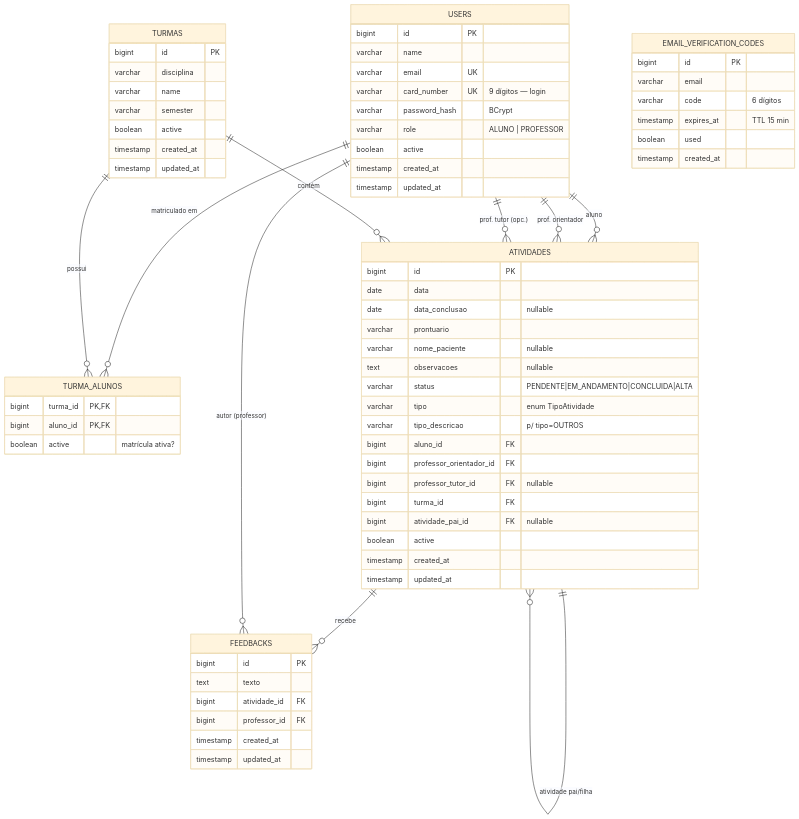
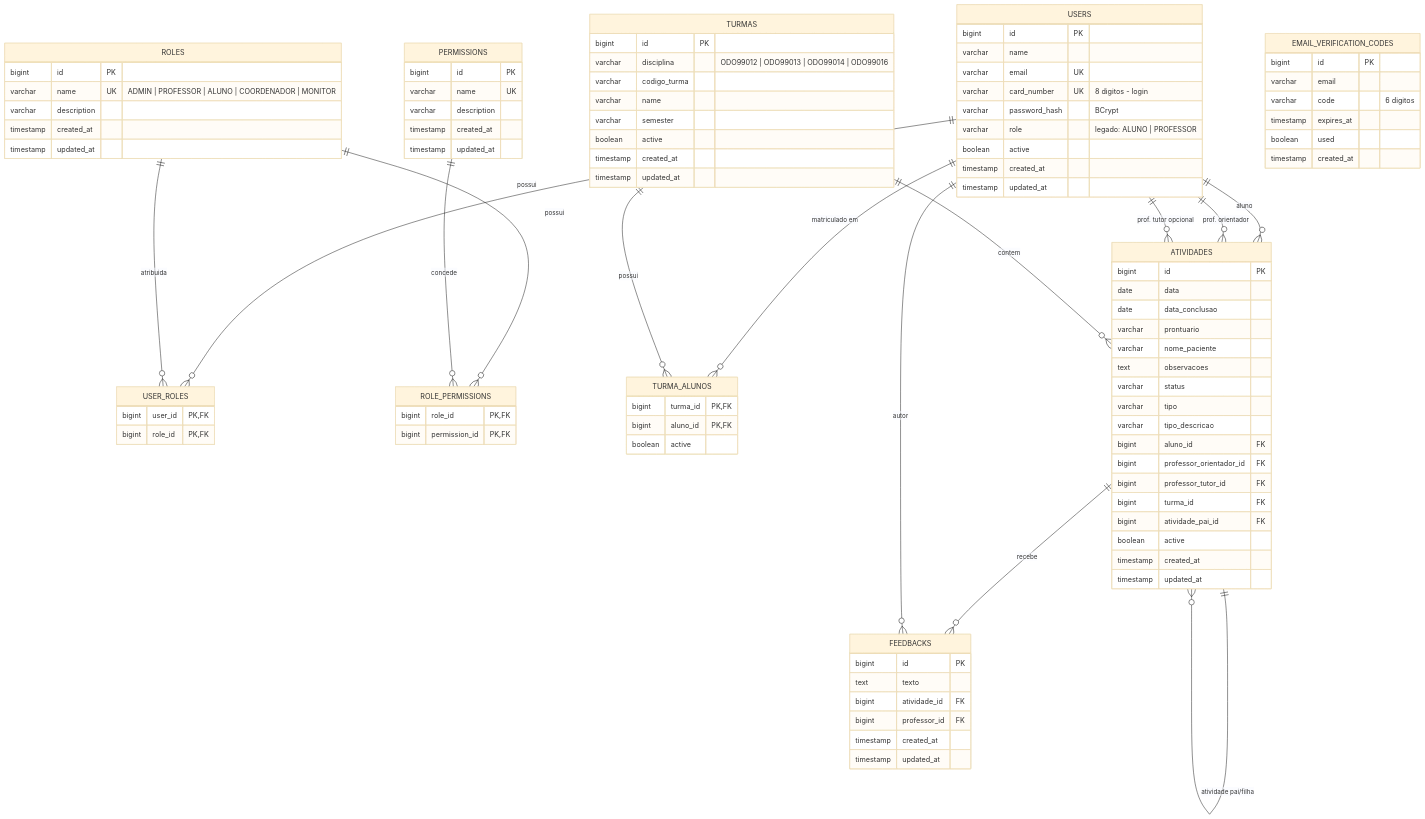
Before and after one commit to NatanPivetta/odonto-docs: the diagram in arquitetura/der.md, drawn with Mermaid (base theme). The commit also changed other lines of this file and 4 other files, not shown here.

````diff
--- a/arquitetura/der.md
+++ b/arquitetura/der.md
@@ -3,78 +3,110 @@
 ```mermaid
 erDiagram
+    USERS ||--o{ USER_ROLES : "possui"
+    ROLES ||--o{ USER_ROLES : "atribuida"
+    ROLES ||--o{ ROLE_PERMISSIONS : "possui"
+    PERMISSIONS ||--o{ ROLE_PERMISSIONS : "concede"
+
     USERS ||--o{ TURMA_ALUNOS : "matriculado em"
     TURMAS ||--o{ TURMA_ALUNOS : "possui"
     USERS ||--o{ ATIVIDADES : "aluno"
     USERS ||--o{ ATIVIDADES : "prof. orientador"
-    USERS ||--o{ ATIVIDADES : "prof. tutor (opc.)"
-    TURMAS ||--o{ ATIVIDADES : "contém"
+    USERS ||--o{ ATIVIDADES : "prof. tutor opcional"
+    TURMAS ||--o{ ATIVIDADES : "contem"
     ATIVIDADES ||--o{ ATIVIDADES : "atividade pai/filha"
     ATIVIDADES ||--o{ FEEDBACKS : "recebe"
-    USERS ||--o{ FEEDBACKS : "autor (professor)"
+    USERS ||--o{ FEEDBACKS : "autor"
 
     USERS {
-        bigint    id PK
-        varchar   name
-        varchar   email UK
-        varchar   card_number UK "9 dígitos — login"
-        varchar   password_hash "BCrypt"
-        varchar   role "ALUNO | PROFESSOR"
-        boolean   active
+        bigint id PK
+        varchar name
+        varchar email UK
+        varchar card_number UK "8 digitos - login"
+        varchar password_hash "BCrypt"
+        varchar role "legado: ALUNO | PROFESSOR"
+        boolean active
         timestamp created_at
         timestamp updated_at
     }
 
+    ROLES {
+        bigint id PK
+        varchar name UK "ADMIN | PROFESSOR | ALUNO | COORDENADOR | MONITOR"
+        varchar description
+        timestamp created_at
+        timestamp updated_at
+    }
+
+    PERMISSIONS {
+        bigint id PK
+        varchar name UK
+        varchar description
+        timestamp created_at
+        timestamp updated_at
+    }
+
+    USER_ROLES {
+        bigint user_id PK,FK
+        bigint role_id PK,FK
+    }
+
+    ROLE_PERMISSIONS {
+        bigint role_id PK,FK
+        bigint permission_id PK,FK
+    }
+
     TURMAS {
-        bigint    id PK
-        varchar   disciplina
-        varchar   name
-        varchar   semester
-        boolean   active
+        bigint id PK
+        varchar disciplina "ODO99012 | ODO99013 | ODO99014 | ODO99016"
+        varchar codigo_turma
+        varchar name
+        varchar semester
+        boolean active
         timestamp created_at
         timestamp updated_at
     }
 
     TURMA_ALUNOS {
-        bigint  turma_id PK,FK
-        bigint  aluno_id PK,FK
-        boolean active "matrícula ativa?"
+        bigint turma_id PK,FK
+        bigint aluno_id PK,FK
+        boolean active
     }
 
     ATIVIDADES {
-        bigint    id PK
-        date      data
-        date      data_conclusao "nullable"
-        varchar   prontuario
-        varchar   nome_paciente "nullable"
-        text      observacoes "nullable"
-        varchar   status "PENDENTE|EM_ANDAMENTO|CONCLUIDA|ALTA"
-        varchar   tipo "enum TipoAtividade"
-        varchar   tipo_descricao "p/ tipo=OUTROS"
-        bigint    aluno_id FK
-        bigint    professor_orientador_id FK
-        bigint    professor_tutor_id FK "nullable"
-        bigint    turma_id FK
-        bigint    atividade_pai_id FK "nullable"
-        boolean   active
+        bigint id PK
+        date data
+        date data_conclusao
+        varchar prontuario
+        varchar nome_paciente
+        text observacoes
+        varchar status
+        varchar tipo
+        varchar tipo_descricao
+        bigint aluno_id FK
+        bigint professor_orientador_id FK
+        bigint professor_tutor_id FK
+        bigint turma_id FK
+        bigint atividade_pai_id FK
+        boolean active
         timestamp created_at
         timestamp updated_at
     }
 
     FEEDBACKS {
-        bigint    id PK
-        text      texto
-        bigint    atividade_id FK
-        bigint    professor_id FK
+        bigint id PK
+        text texto
+        bigint atividade_id FK
+        bigint professor_id FK
         timestamp created_at
         timestamp updated_at
     }
 
     EMAIL_VERIFICATION_CODES {
-        bigint    id PK
-        varchar   email
-        varchar   code "6 dígitos"
-        timestamp expires_at "TTL 15 min"
-        boolean   used
+        bigint id PK
+        varchar email
+        varchar code "6 digitos"
+        timestamp expires_at
+        boolean used
         timestamp created_at
     }
 ```
````
